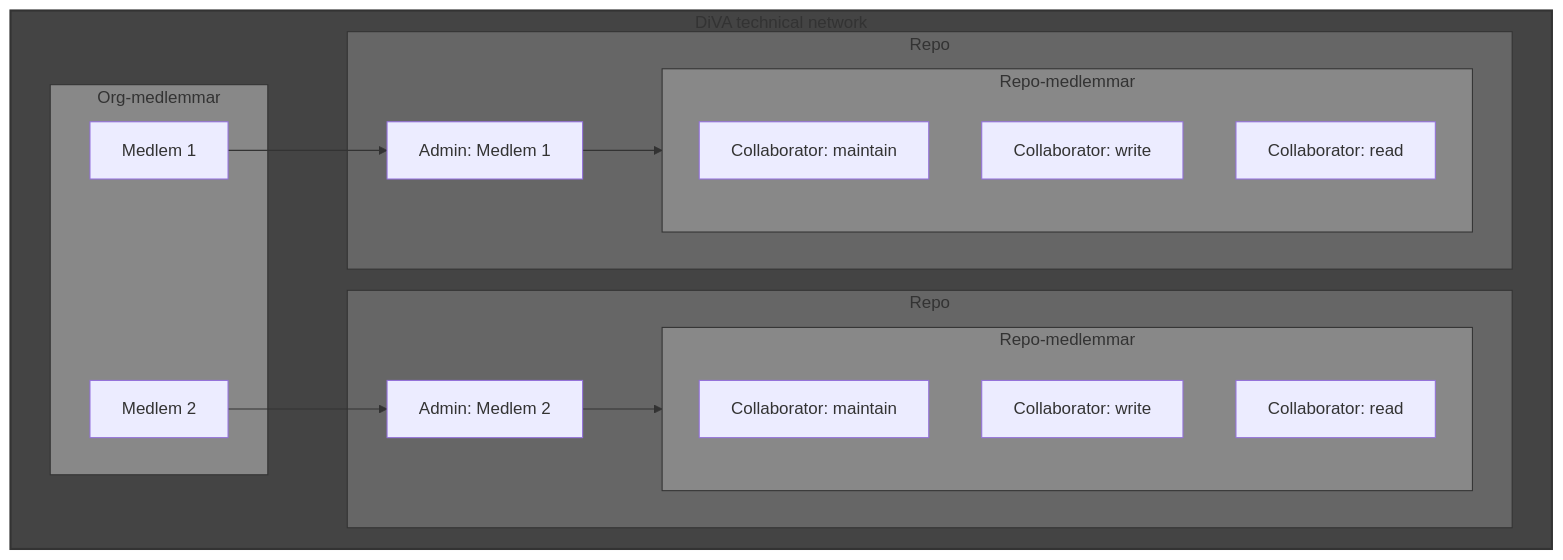
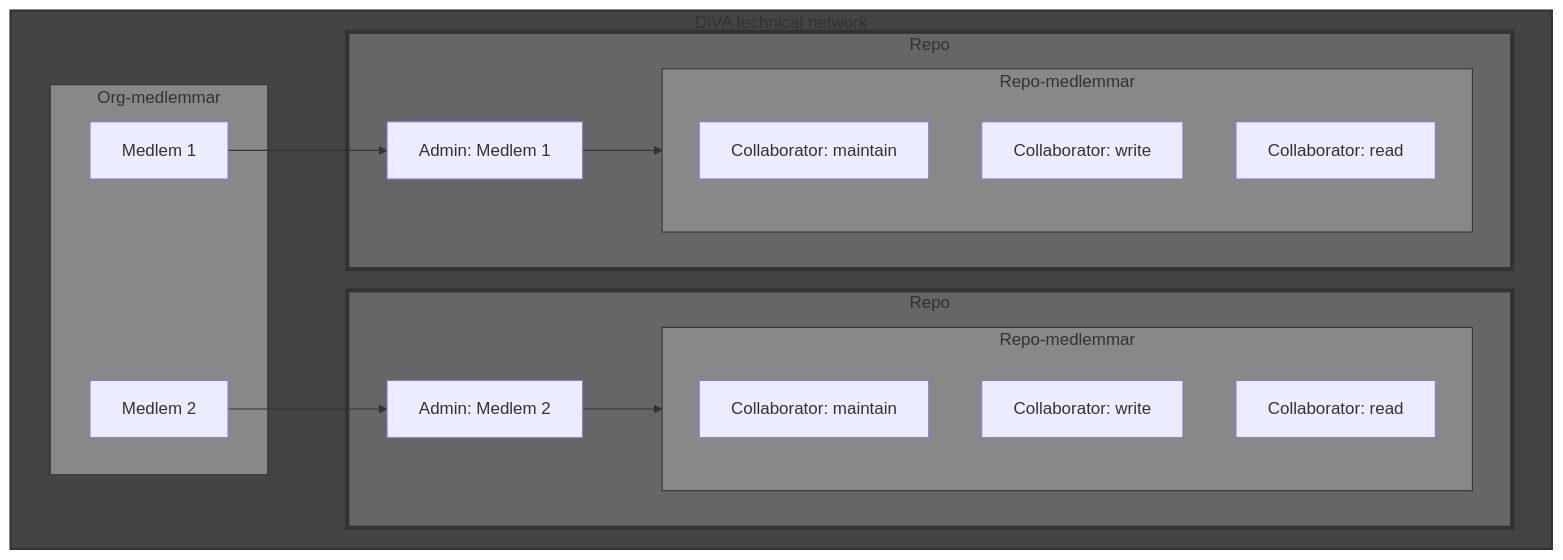
Before and after one commit to DiVA-Technical-Network/.github: the diagram in profile/README.md, drawn with Mermaid.

````diff
--- a/profile/README.md
+++ b/profile/README.md
@@ -15,39 +15,39 @@
 ```mermaid
 graph TB
     subgraph Organization [DiVA technical network]
         subgraph OrgMembers [Org-medlemmar]
             Medlem1[Medlem 1]
             Medlem2[Medlem 2]
         end
 
         subgraph Repo2 [Repo]
             Admin2[Admin: Medlem 2]
             subgraph RepoMembers2 [Repo-medlemmar]
                 repo2Maintain[Collaborator: maintain]
                 repo2Write[Collaborator: write]
                 repo2Read[Collaborator: read]
             end
         end
 
         subgraph Repo1 [Repo]
             Admin1[Admin: Medlem 1]
             subgraph RepoMembers1 [Repo-medlemmar]
                 repo1Maintain[Collaborator: maintain]
                 repo1Write[Collaborator: write]
                 repo1Read[Collaborator: read]
             end
         end
         
         Medlem1 --> Admin1
         Admin1 --> RepoMembers1
         Medlem2 --> Admin2
         Admin2 --> RepoMembers2
     end
 
     style Organization fill:#444,stroke:#333,stroke-width:2px
     style OrgMembers fill:#888,stroke:#333,stroke-width:1px
-    style Repo1 fill:#666,stroke:#333,stroke-width:1px
-    style Repo2 fill:#666,stroke:#333,stroke-width:1px
+    style Repo1 fill:#666,stroke:#333,stroke-width:4px
+    style Repo2 fill:#666,stroke:#333,stroke-width:4px
     style RepoMembers1 fill:#888,stroke:#333,stroke-width:1px
     style RepoMembers2 fill:#888,stroke:#333,stroke-width:1px
 ```
````
